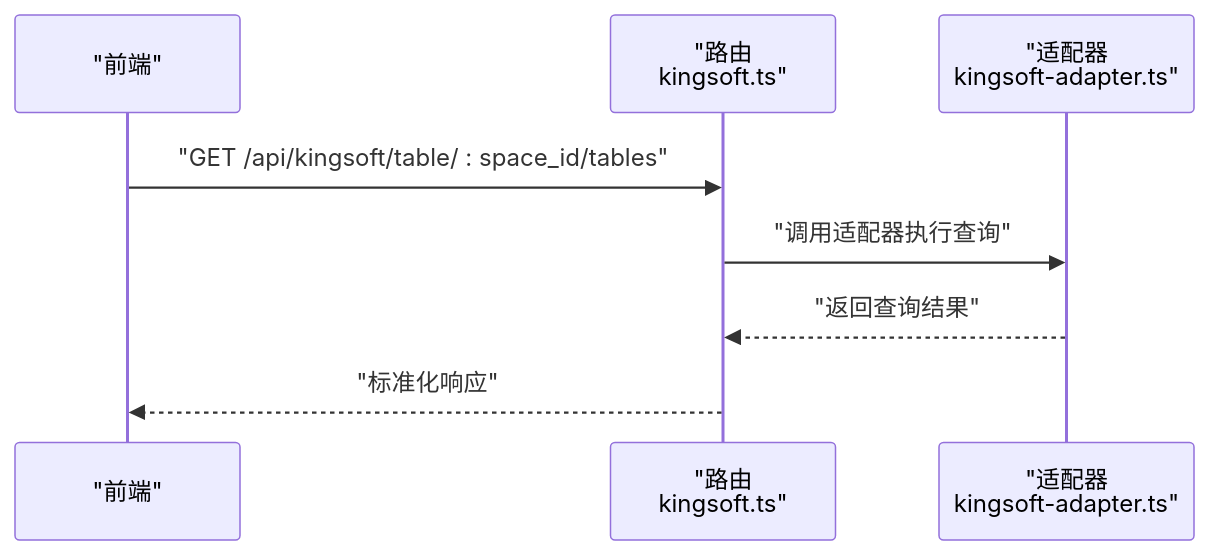
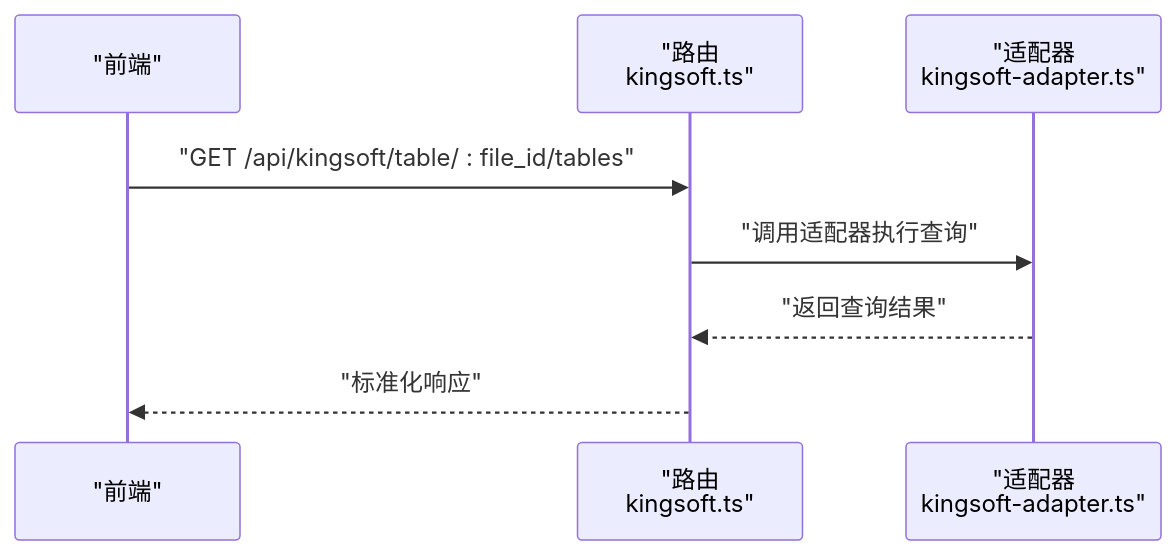
One commit to Ren-chao02/wps_dbsheet_examination_system changed the fourth of 7 diagrams in .qoder/repowiki/zh/content/验证引擎/金山API集成.md. Above: the diagram before and after it, drawn with Mermaid. The commit also changed other lines of this file and 64 other files, not shown here.

````diff
--- a/.qoder/repowiki/zh/content/验证引擎/金山API集成.md
+++ b/.qoder/repowiki/zh/content/验证引擎/金山API集成.md
@@ -150,10 +167,10 @@
 ```mermaid
 sequenceDiagram
 participant FE as "前端"
 participant RT as "路由<br/>kingsoft.ts"
 participant AD as "适配器<br/>kingsoft-adapter.ts"
-FE->>RT : "GET /api/kingsoft/table/ : space_id/tables"
+FE->>RT : "GET /api/kingsoft/table/ : file_id/tables"
 RT->>AD : "调用适配器执行查询"
 AD-->>RT : "返回查询结果"
 RT-->>FE : "标准化响应"
 ```
````
